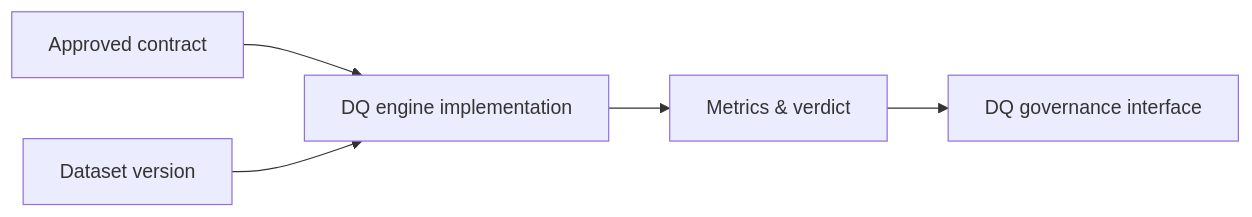
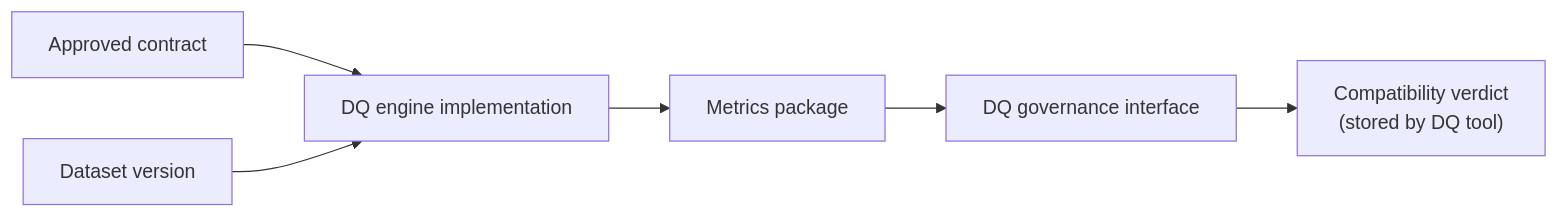
One commit to NextLab-SRL/dc43 changed the diagram in docs/component-data-quality-engine.md. Above: the diagram before and after it, drawn with Mermaid. The commit also changed other lines of this file and 8 other files, not shown here.

````diff
--- a/docs/component-data-quality-engine.md
+++ b/docs/component-data-quality-engine.md
@@ -18,7 +22,8 @@
 ```mermaid
 flowchart LR
     Contract["Approved contract"] --> Engine["DQ engine implementation"]
     Dataset["Dataset version"] --> Engine
-    Engine --> Metrics["Metrics & verdict"]
+    Engine --> Metrics["Metrics package"]
     Metrics --> Governance["DQ governance interface"]
+    Governance --> Verdict["Compatibility verdict\n(stored by DQ tool)"]
 ```
````
